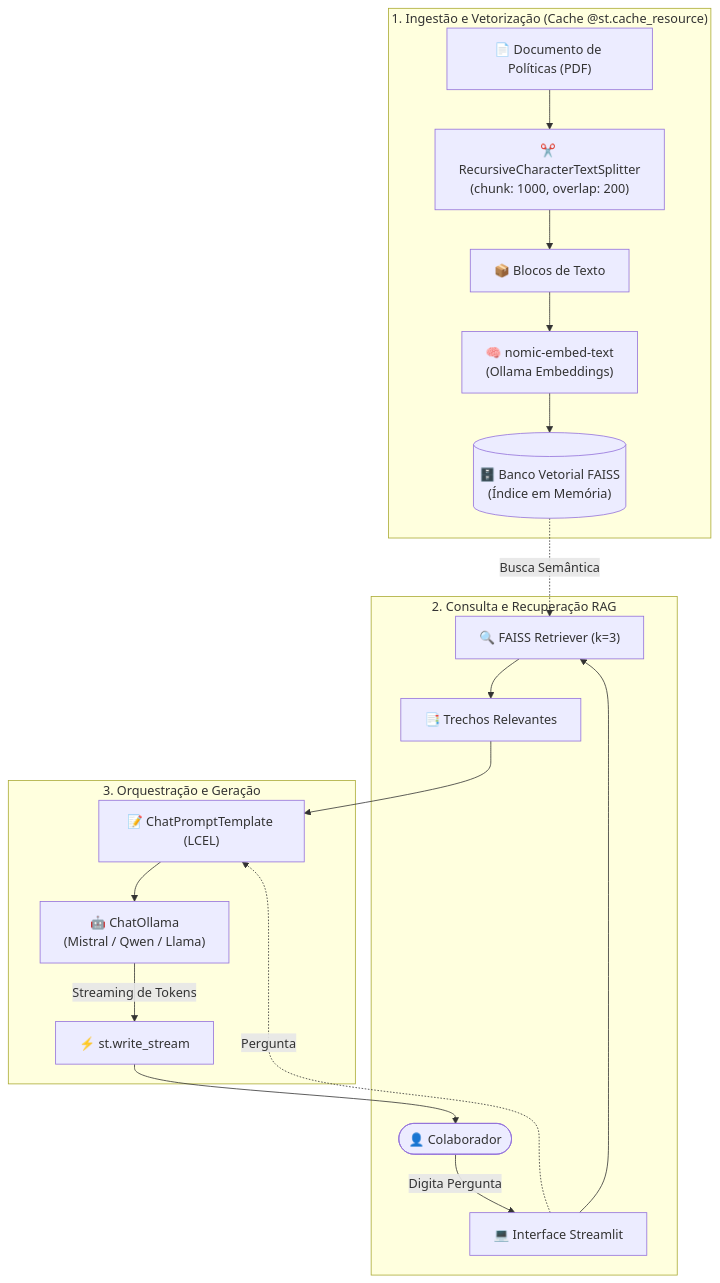
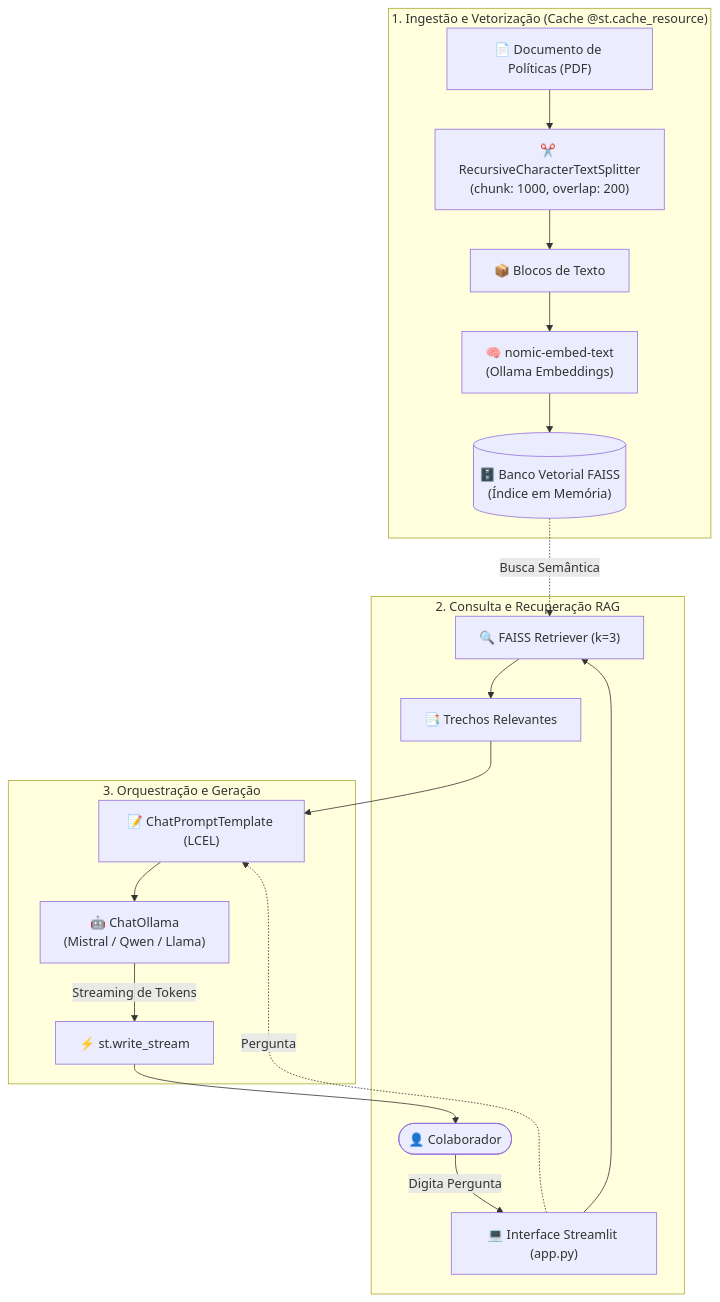
Before and after one commit to niqueborges/agente-ia-rh: the diagram in README.md, drawn with Mermaid. The commit also changed other lines of this file, not shown here.

````diff
--- a/README.md
+++ b/README.md
@@ -17,24 +27,24 @@
 ```mermaid
 flowchart TD
     subgraph Ingestao["1. Ingestão e Vetorização (Cache @st.cache_resource)"]
         PDF["📄 Documento de Políticas (PDF)"] --> Splitter["✂️ RecursiveCharacterTextSplitter<br/>(chunk: 1000, overlap: 200)"]
         Splitter --> Chunks["📦 Blocos de Texto"]
         Chunks --> Embeddings["🧠 nomic-embed-text<br/>(Ollama Embeddings)"]
         Embeddings --> FAISS_DB[("🗄️ Banco Vetorial FAISS<br/>(Índice em Memória)")]
     end
 
     subgraph Consulta["2. Consulta e Recuperação RAG"]
-        User(["👤 Colaborador"]) -->|Digita Pergunta| UI["💻 Interface Streamlit"]
+        User(["👤 Colaborador"]) -->|Digita Pergunta| UI["💻 Interface Streamlit (app.py)"]
         UI --> Retriever["🔍 FAISS Retriever (k=3)"]
         FAISS_DB -.->|Busca Semântica| Retriever
         Retriever --> Contexto["📑 Trechos Relevantes"]
     end
 
     subgraph Geracao["3. Orquestração e Geração"]
         Contexto --> Prompt["📝 ChatPromptTemplate (LCEL)"]
         UI -.->|Pergunta| Prompt
         Prompt --> LLM["🤖 ChatOllama<br/>(Mistral / Qwen / Llama)"]
         LLM -->|Streaming de Tokens| StreamOutput["⚡ st.write_stream"]
         StreamOutput --> User
     end
 ```
````
